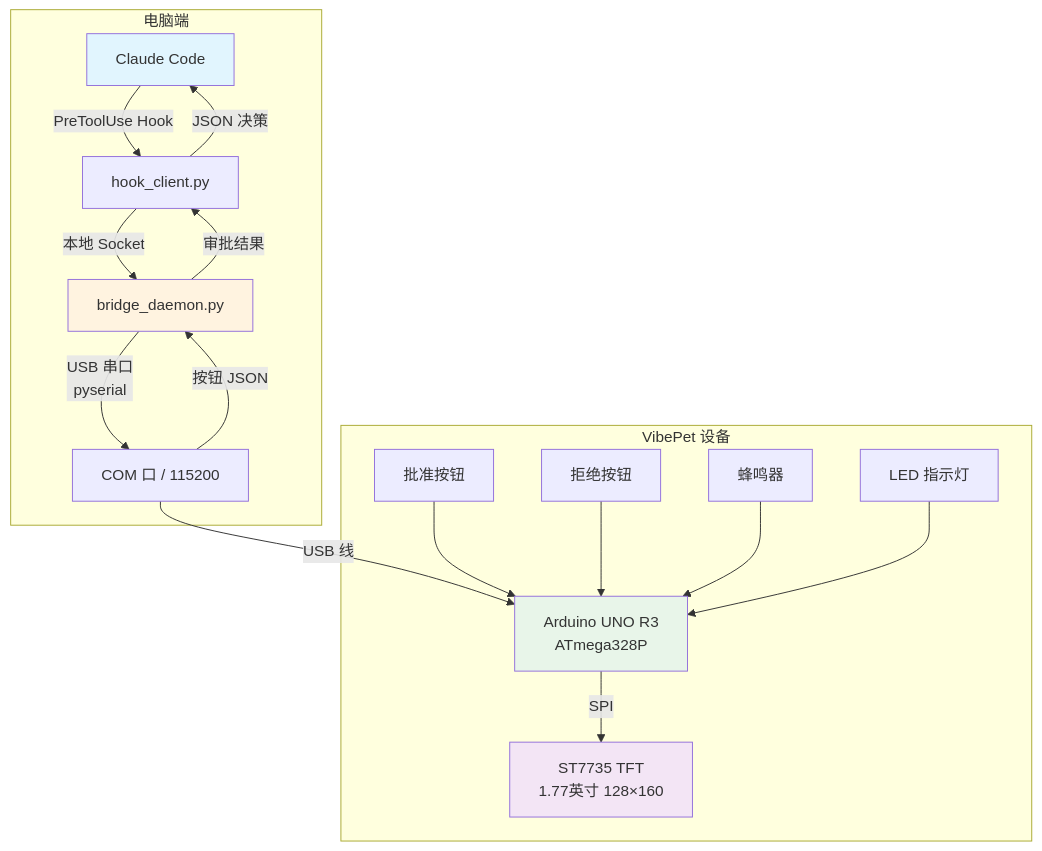
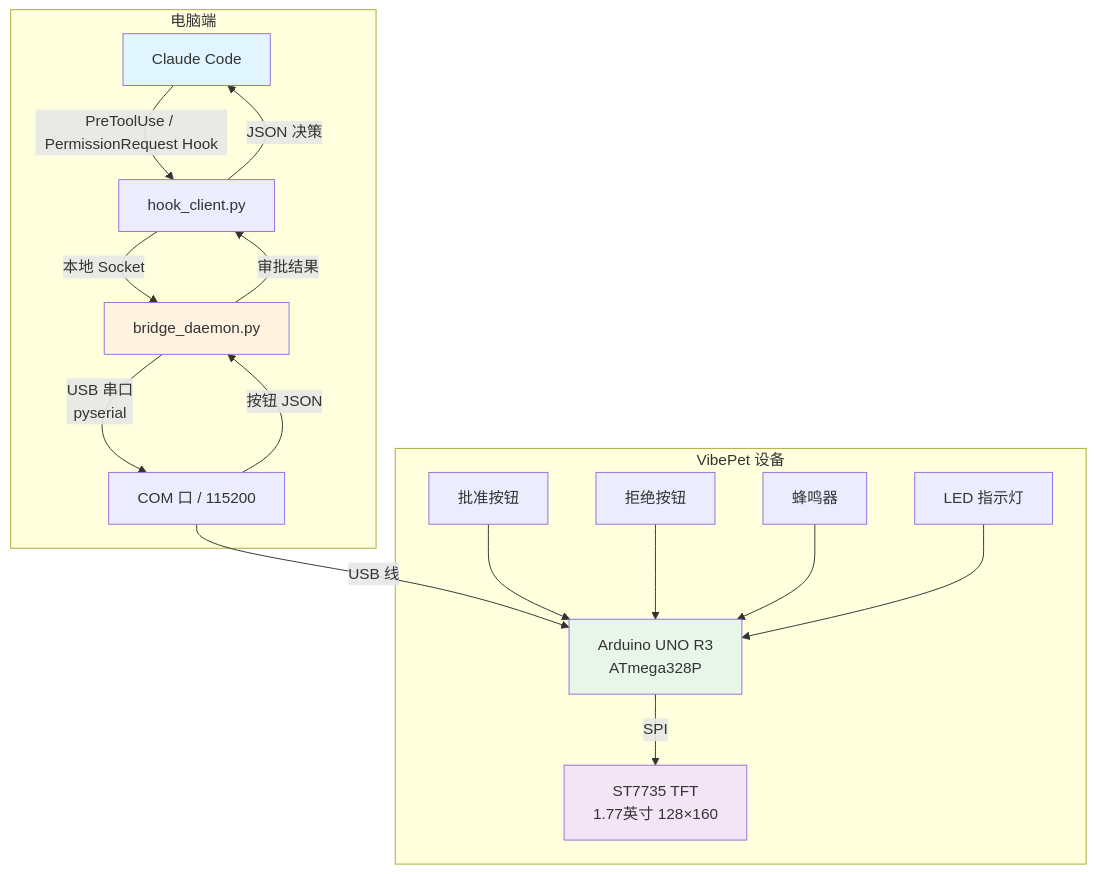
One commit to zenith8366/myproject changed the first of 3 diagrams in vibepet/VibePet —— AI 编程助手物理状态显示与审批终端（USB 有线版）v3.0.md. Above: the diagram before and after it, drawn with Mermaid. The commit also changed other lines of this file and 25 other files, not shown here.

````diff
--- a/vibepet/VibePet —— AI 编程助手物理状态显示与审批终端（USB 有线版）v3.0.md
+++ b/vibepet/VibePet —— AI 编程助手物理状态显示与审批终端（USB 有线版）v3.0.md
@@ -94,25 +94,25 @@
 ```mermaid
 graph TB
     subgraph 电脑端
-        A[Claude Code] -->|PreToolUse Hook| B[hook_client.py]
+        A[Claude Code] -->|PreToolUse / PermissionRequest Hook| B[hook_client.py]
         B -->|本地 Socket| C[bridge_daemon.py]
         C -->|USB 串口<br/>pyserial| D[COM 口 / 115200]
         D -->|按钮 JSON| C
         C -->|审批结果| B
         B -->|JSON 决策| A
     end
 
     subgraph VibePet 设备
         D -->|USB 线| E[Arduino UNO R3<br/>ATmega328P]
         E -->|SPI| F[ST7735 TFT<br/>1.77英寸 128×160]
         G[批准按钮] --> E
         H[拒绝按钮] --> E
         I[蜂鸣器] --> E
         J[LED 指示灯] --> E
     end
 
     style A fill:#e1f5fe
     style C fill:#fff3e0
     style E fill:#e8f5e9
     style F fill:#f3e5f5
 ```
````
